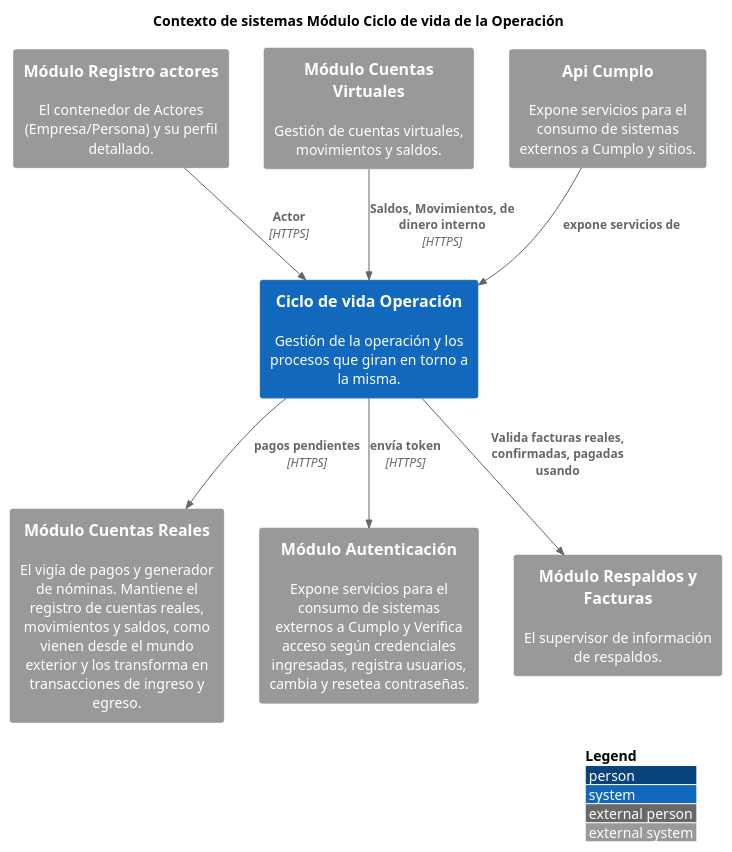
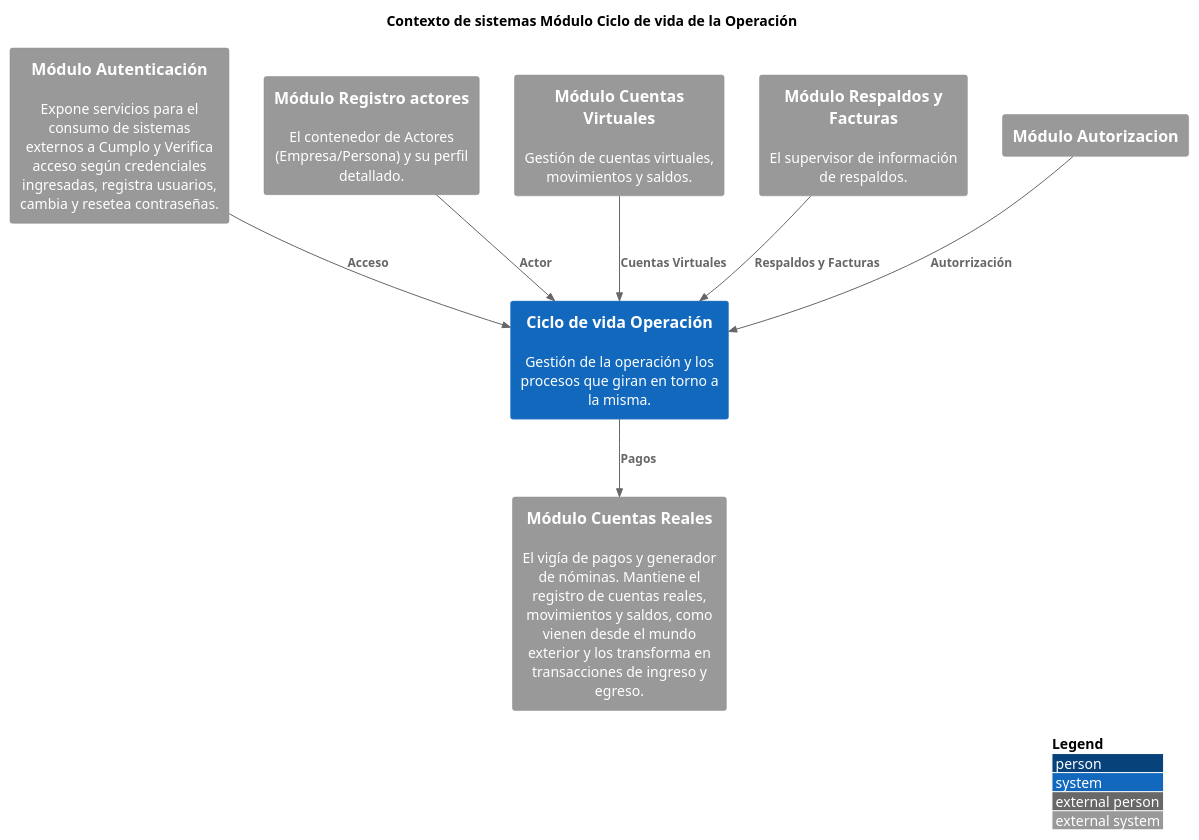
Before and after one commit to kpeet/koyweC4: the diagram in CicloVidaOperacion/ContextoCicloVidaOperacion.puml, drawn with PlantUML. The commit also changed 1 other file, not shown here.

Commit message:
ajuste a los modelos de los diagramas de contexto en ciclo de vida de Operacion

```diff
--- a/CicloVidaOperacion/ContextoCicloVidaOperacion.puml
+++ b/CicloVidaOperacion/ContextoCicloVidaOperacion.puml
@@ -1,33 +1,33 @@
-@startuml
+@startuml ContextoOperacion
 !include https://raw.githubusercontent.com/plantuml-stdlib/C4-PlantUML/master/C4_Context.puml
 ' uncomment the following line and comment the first to use locally
 ' !include C4_Context.puml
 
 LAYOUT_WITH_LEGEND()
 
 title Contexto de sistemas Módulo Ciclo de vida de la Operación
 
 System(modulo_operaciones, "Ciclo de vida Operación", "Gestión de la operación y los procesos que giran en torno a la misma.")
 
-System_Ext( modulo_cuentas_reales, "Módulo Cuentas Reales", "El vigía de pagos y generador de nóminas. Mantiene el registro de cuentas reales, movimientos y saldos, como vienen desde el mundo exterior y los transforma en transacciones de ingreso y egreso.")
+System_Ext(modulo_cuentas_reales, "Módulo Cuentas Reales", "El vigía de pagos y generador de nóminas. Mantiene el registro de cuentas reales, movimientos y saldos, como vienen desde el mundo exterior y los transforma en transacciones de ingreso y egreso.")
 System_Ext(modulo_autenticacion, "Módulo Autenticación", "Expone servicios para el consumo de sistemas externos a Cumplo y Verifica acceso según credenciales ingresadas, registra usuarios, cambia y resetea contraseñas.")
 System_Ext(modulo_registro_actores, "Módulo Registro actores", "El contenedor de Actores (Empresa/Persona) y su perfil detallado.")
 System_Ext(modulo_cuentas_virtuales, "Módulo Cuentas Virtuales", "Gestión de cuentas virtuales, movimientos y saldos.")
-System_Ext(modulo_api_cumplo, "Api Cumplo", "Expone servicios para el consumo de sistemas externos a Cumplo y sitios.")
 System_Ext(modulo_respaldo_facturas, "Módulo Respaldos y Facturas", "El supervisor de información de respaldos.")
+System_Ext(modulo_autorizacion, "Módulo Autorizacion", "")
 
 
 
 'Relaciones sistema/módulos
 
-Rel(modulo_registro_actores, modulo_operaciones, "Actor", "HTTPS")
-Rel(modulo_cuentas_virtuales, modulo_operaciones, "Saldos, Movimientos, de dinero interno", "HTTPS")
-Rel(modulo_operaciones, modulo_cuentas_reales, "pagos pendientes", "HTTPS")
-Rel(modulo_operaciones, modulo_autenticacion, "envía token", "HTTPS")
-Rel(modulo_operaciones, modulo_respaldo_facturas, "Valida facturas reales, confirmadas, pagadas usando")
-Rel(modulo_api_cumplo, modulo_operaciones, "expone servicios de")
+Rel(modulo_registro_actores, modulo_operaciones, "Actor",)
+Rel(modulo_cuentas_virtuales, modulo_operaciones, "Cuentas Virtuales",)
+Rel(modulo_operaciones, modulo_cuentas_reales, "Pagos", )
+Rel( modulo_autenticacion,modulo_operaciones, "Acceso", )
+Rel( modulo_respaldo_facturas, modulo_operaciones, "Respaldos y Facturas")
+Rel(modulo_autorizacion, modulo_operaciones, "Autorrización")
 
 'Relaciones módulos/sistemas externos
 
 
 @enduml
```
